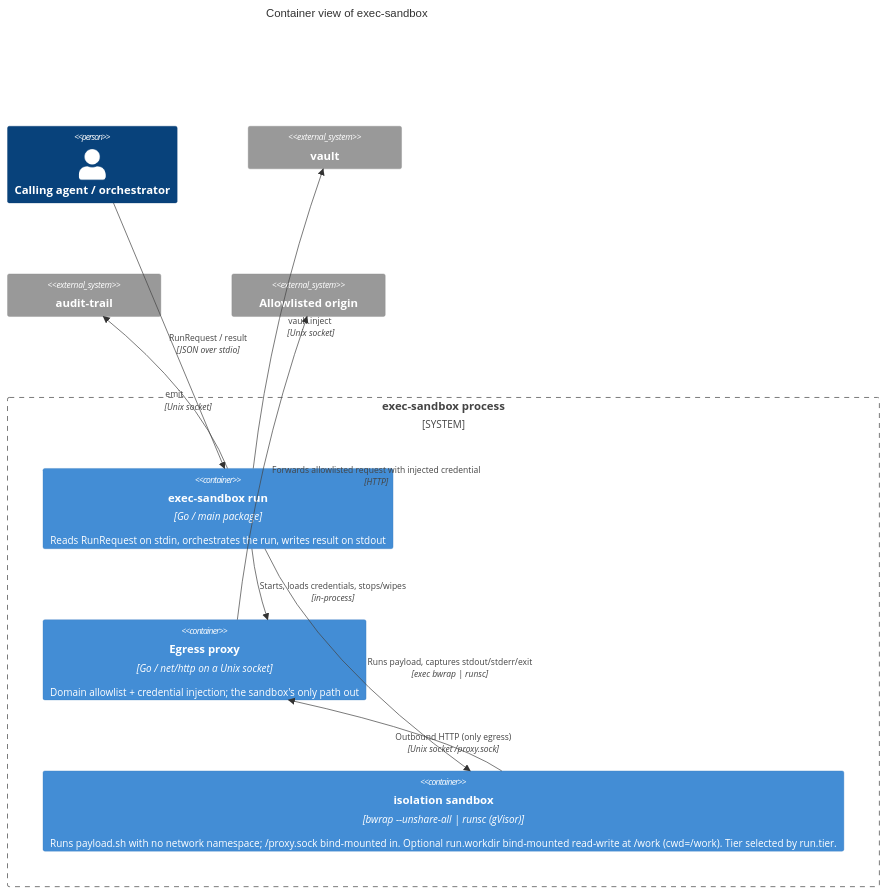
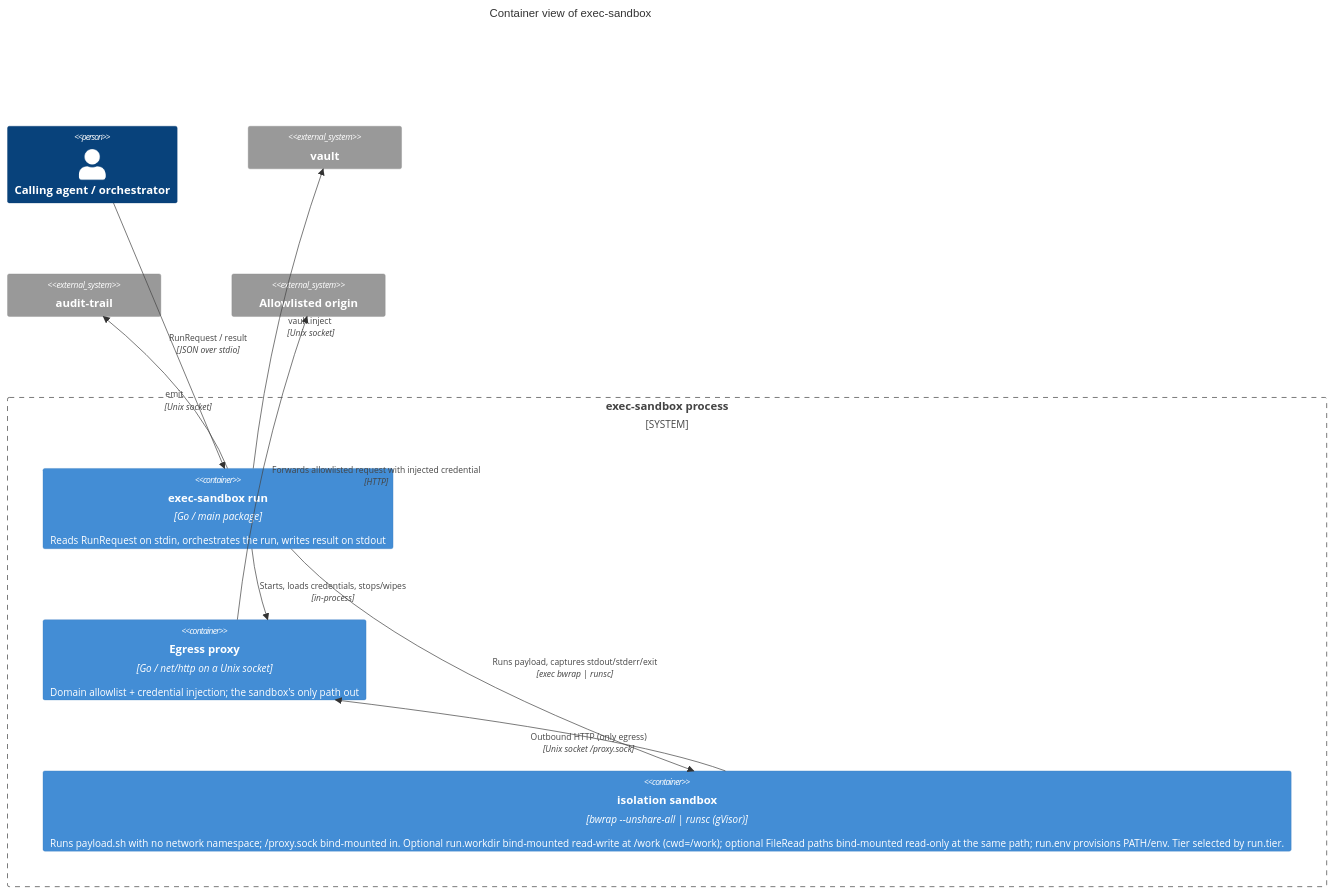
One commit to tkdtaylor/exec-sandbox changed the second of 4 diagrams in docs/architecture/diagrams.md. Above: the diagram before and after it, drawn with Mermaid. The commit also changed other lines of this file and 13 other files, not shown here.

First line of the commit message:
feat: complete task 004 — FileRead read-only host mounts + run.env PATH/env provisioning

````diff
--- a/docs/architecture/diagrams.md
+++ b/docs/architecture/diagrams.md
@@ -40,24 +40,24 @@
 ```mermaid
 C4Container
     title Container view of exec-sandbox
 
     Person(agent, "Calling agent / orchestrator")
 
     System_Boundary(boundary, "exec-sandbox process") {
         Container(cli, "exec-sandbox run", "Go / main package", "Reads RunRequest on stdin, orchestrates the run, writes result on stdout")
         Container(proxy, "Egress proxy", "Go / net/http on a Unix socket", "Domain allowlist + credential injection; the sandbox's only path out")
-        Container(sandbox, "isolation sandbox", "bwrap --unshare-all | runsc (gVisor)", "Runs payload.sh with no network namespace; /proxy.sock bind-mounted in. Optional run.workdir bind-mounted read-write at /work (cwd=/work). Tier selected by run.tier.")
+        Container(sandbox, "isolation sandbox", "bwrap --unshare-all | runsc (gVisor)", "Runs payload.sh with no network namespace; /proxy.sock bind-mounted in. Optional run.workdir bind-mounted read-write at /work (cwd=/work); optional FileRead paths bind-mounted read-only at the same path; run.env provisions PATH/env. Tier selected by run.tier.")
     }
 
     System_Ext(vault, "vault")
     System_Ext(audit, "audit-trail")
     System_Ext(origin, "Allowlisted origin")
 
     Rel(agent, cli, "RunRequest / result", "JSON over stdio")
     Rel(cli, vault, "vault.inject", "Unix socket")
     Rel(cli, audit, "emit", "Unix socket")
     Rel(cli, proxy, "Starts, loads credentials, stops/wipes", "in-process")
     Rel(cli, sandbox, "Runs payload, captures stdout/stderr/exit", "exec bwrap | runsc")
     Rel(sandbox, proxy, "Outbound HTTP (only egress)", "Unix socket /proxy.sock")
     Rel(proxy, origin, "Forwards allowlisted request with injected credential", "HTTP")
 ```
````
